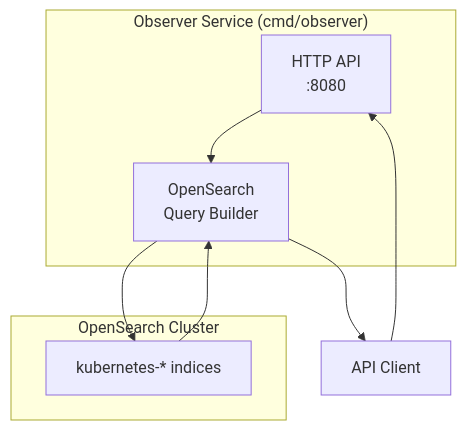
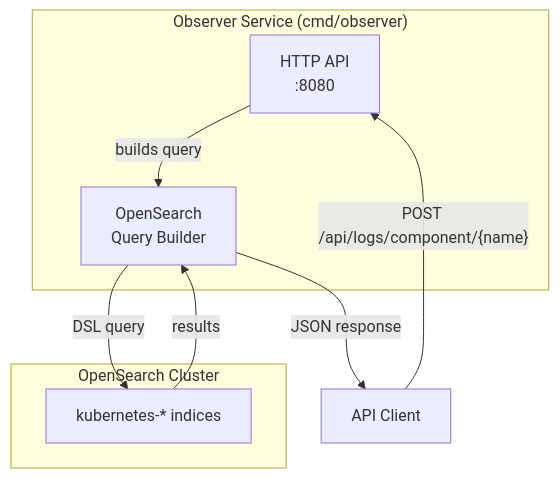
Before and after one commit to openchoreo/openchoreo: the second of 4 diagrams in docs/deepwiki/Observability.md, drawn with Mermaid. The commit also changed other lines of this file and 85 other files, not shown here.

Commit message:
feat: Add new workflow and specification templates, update Helm chart dependencies, and clarify documentation diagrams.

````diff
--- a/docs/deepwiki/Observability.md
+++ b/docs/deepwiki/Observability.md
@@ -139,23 +139,23 @@
 ```mermaid
 flowchart TD
 
 API["HTTP API<br>:8080"]
 QueryBuilder["OpenSearch<br>Query Builder"]
 Index["kubernetes-* indices"]
 Client["API Client"]
 
-Client --> API
-QueryBuilder --> Index
-Index --> QueryBuilder
-QueryBuilder --> Client
+Client -->|"POST /api/logs/component/{name}"| API
+QueryBuilder -->|"DSL query"| Index
+Index -->|"results"| QueryBuilder
+QueryBuilder -->|"JSON response"| Client
 
 subgraph subGraph1 ["OpenSearch Cluster"]
     Index
 end
 
 subgraph subGraph0 ["Observer Service (cmd/observer)"]
     API
     QueryBuilder
-    API --> QueryBuilder
+    API -->|"builds query"| QueryBuilder
 end
 ```
````
